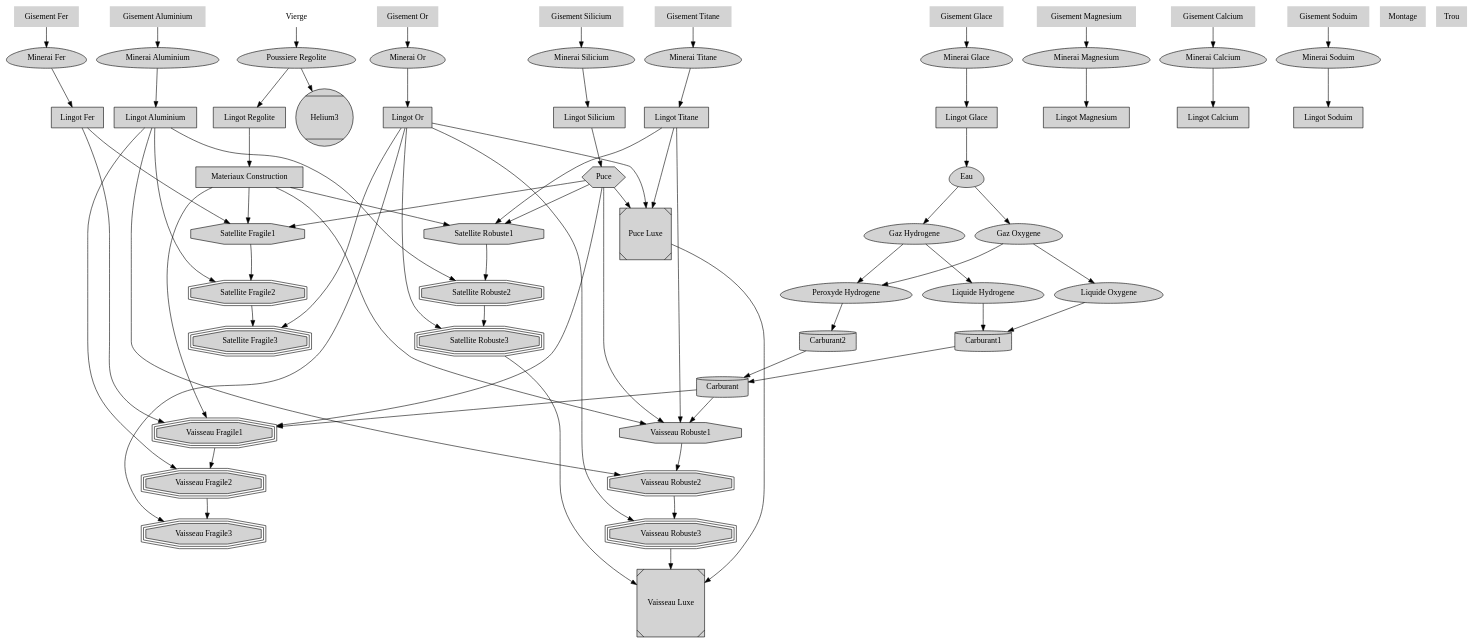
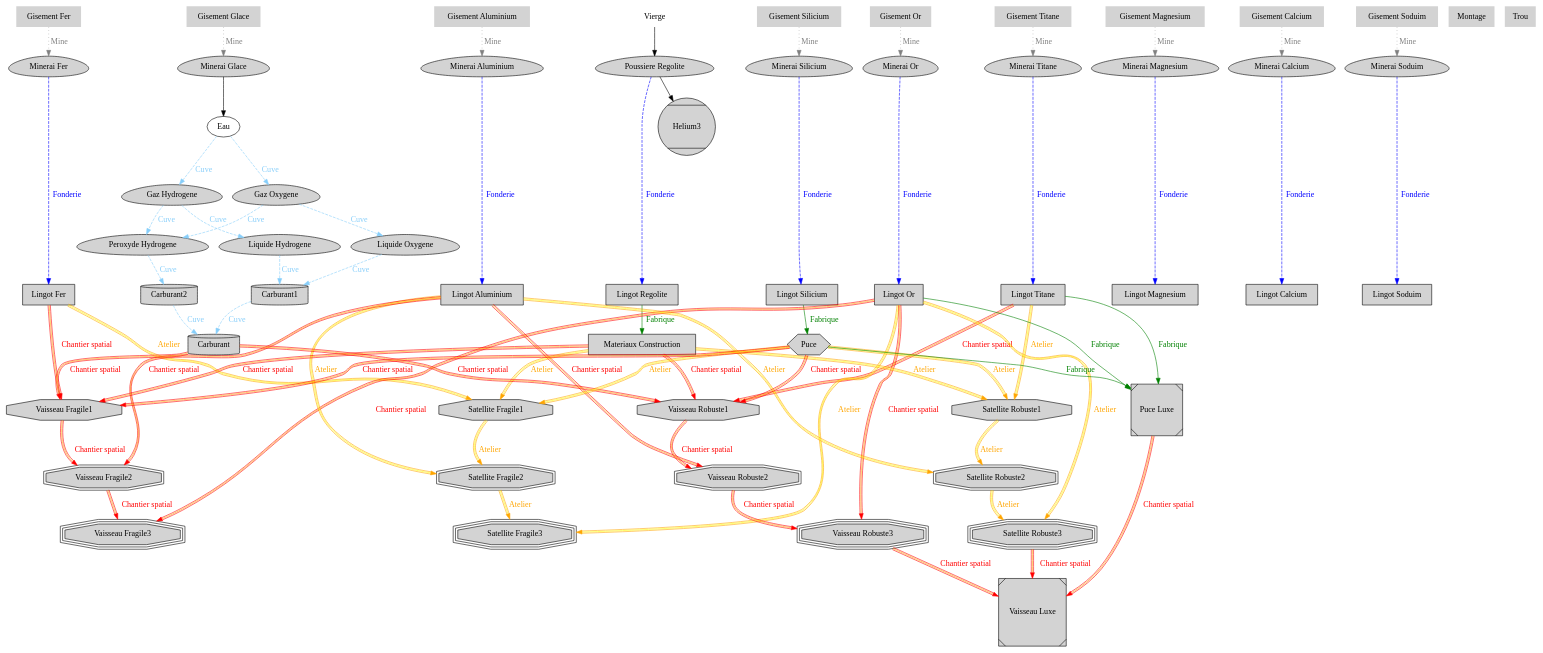
Before and after one commit to MATHVDT/LunaireCpp: the diagram in documentation/graph/graph_ressources.dot, drawn with Graphviz. The commit also changed 2 other files, not shown here.

Commit message:
Ajout batiment sur graph

```diff
--- a/documentation/graph/graph_ressources.dot
+++ b/documentation/graph/graph_ressources.dot
@@ -3,48 +3,50 @@
     // Sol
     subgraph SOL{
         rank=same; 
-        Vierge [style="solid", color="", label="Vierge",shape="plaintext"];
-        GisementOr [style="filled,solid", color="", label="Gisement Or",shape="plaintext"];
-        GisementFer [style="filled,solid", color="", label="Gisement Fer",shape="plaintext"];
-        GisementTitane [style="filled,solid", color="", label="Gisement Titane",shape="plaintext"];
-        GisementSilicium [style="filled,solid", color="", label="Gisement Silicium",shape="plaintext"];
-        GisementGlace [style="filled,solid", color="", label="Gisement Glace",shape="plaintext"];
-        GisementAluminium [style="filled,solid", color="", label="Gisement Aluminium",shape="plaintext"];
-        GisementMagnesium [style="filled,solid", color="", label="Gisement Magnesium",shape="plaintext"];
-        GisementCalcium [style="filled,solid", color="", label="Gisement Calcium",shape="plaintext"];
-        GisementSoduim [style="filled,solid", color="", label="Gisement Soduim",shape="plaintext"];
-        Montage [style="filled,solid", color="", label="Montage",shape="plaintext"];
-        Trou [style="filled,solid", color="", label="Trou",shape="plaintext"];
+        node [style="filled,solid", color="", shape="plaintext"]
+        Vierge [style="solid", color="", label="Vierge"];
+        GisementOr [label="Gisement Or"];
+        GisementFer [label="Gisement Fer"];
+        GisementTitane [label="Gisement Titane"];
+        GisementSilicium [label="Gisement Silicium"];
+        GisementGlace [label="Gisement Glace"];
+        GisementAluminium [label="Gisement Aluminium"];
+        GisementMagnesium [label="Gisement Magnesium"];
+        GisementCalcium [label="Gisement Calcium"];
+        GisementSoduim [label="Gisement Soduim"];
+        Montage [label="Montage"];
+        Trou [label="Trou"];
     }
 
     // Matière Première
     subgraph MATIERE_PREMIERE{
         rank=same; 
-        PoussiereRegolite [style="filled,solid", color="", label="Poussiere Regolite",shape="egg"];
-        MineraiGlace [style="filled,solid", color="", label="Minerai Glace",shape="egg"];
-        MineraiTitane [style="filled,solid", color="", label="Minerai Titane",shape="egg"];
-        MineraiSilicium [style="filled,solid", color="", label="Minerai Silicium",shape="egg"];
-        MineraiFer [style="filled,solid", color="", label="Minerai Fer",shape="egg"];
-        MineraiOr [style="filled,solid", color="", label="Minerai Or",shape="egg"];
-        MineraiAluminium [style="filled,solid", color="", label="Minerai Aluminium",shape="egg"];
-        MineraiMagnesium [style="filled,solid", color="", label="Minerai Magnesium",shape="egg"];
-        MineraiCalcium [style="filled,solid", color="", label="Minerai Calcium",shape="egg"];
-        MineraiSoduim [style="filled,solid", color="", label="Minerai Soduim",shape="egg"];
+        node [style="filled,solid", color="", shape="egg"]
+        PoussiereRegolite [label="Poussiere Regolite"];
+        MineraiGlace [label="Minerai Glace"];
+        MineraiTitane [label="Minerai Titane"];
+        MineraiSilicium [label="Minerai Silicium"];
+        MineraiFer [label="Minerai Fer"];
+        MineraiOr [label="Minerai Or"];
+        MineraiAluminium [label="Minerai Aluminium"];
+        MineraiMagnesium [label="Minerai Magnesium"];
+        MineraiCalcium [label="Minerai Calcium"];
+        MineraiSoduim [label="Minerai Soduim"];
     }
 
     // Lingot
     subgraph LINGOT{
         rank=same; 
-        LingotRegolite  [style="filled,solid", color="", label="Lingot Regolite",shape="rectangle"];
-        LingotGlace  [style="filled,solid", color="", label="Lingot Glace",shape="rectangle"];
-        LingotTitane  [style="filled,solid", color="", label="Lingot Titane",shape="rectangle"];
-        LingotSilicium  [style="filled,solid", color="", label="Lingot Silicium",shape="rectangle"];
-        LingotFer  [style="filled,solid", color="", label="Lingot Fer",shape="rectangle"];
-        LingotOr  [style="filled,solid", color="", label="Lingot Or",shape="rectangle"];
-        LingotAluminium  [style="filled,solid", color="", label="Lingot Aluminium",shape="rectangle"];
-        LingotMagnesium  [style="filled,solid", color="", label="Lingot Magnesium",shape="rectangle"];
-        LingotCalcium  [style="filled,solid", color="", label="Lingot Calcium",shape="rectangle"];
-        LingotSoduim  [style="filled,solid", color="", label="Lingot Soduim",shape="rectangle"];
+        node [style="filled,solid", color="", shape="rectangle"]
+        LingotRegolite  [label="Lingot Regolite"];
+        LingotTitane  [label="Lingot Titane"];
+        LingotSilicium  [label="Lingot Silicium"];
+        LingotFer  [label="Lingot Fer"];
+        LingotOr  [label="Lingot Or"];
+        LingotAluminium  [label="Lingot Aluminium"];
+        LingotMagnesium  [label="Lingot Magnesium"];
+        LingotCalcium  [label="Lingot Calcium"];
+        LingotSoduim  [label="Lingot Soduim"];
     }
 
     Helium3 [style="filled,solid", color="", label="Helium3",shape="Mcircle"];
@@ -53,25 +55,28 @@
     // Gaz
     subgraph GAZ{
         rank=same; 
-        GazOxygene [style="filled,solid", color="", label="Gaz Oxygene",shape="egg"];
-        GazHydrogene [style="filled,solid", color="", label="Gaz Hydrogene",shape="egg"];
+        node [style="filled,solid", color="", shape="egg"]
+        GazOxygene [label="Gaz Oxygene"];
+        GazHydrogene [label="Gaz Hydrogene"];
     }
 
     // Liquide
     subgraph LIQUIDE{
         // rank=same; 
-        Eau [style="filled,solid", color="", label="Eau",shape="egg"];
-        LiquideHydrogene [style="filled,solid", color="", label="Liquide Hydrogene",shape="egg"];
-        LiquideOxygene [style="filled,solid", color="", label="Liquide Oxygene",shape="egg"];
-        PeroxydeHydrogene [style="filled,solid", color="", label="Peroxyde Hydrogene",shape="egg"];
+        Eau [label="Eau"];     
+        node [style="filled,solid", color="", shape="egg"]
+        LiquideHydrogene [label="Liquide Hydrogene"];
+        LiquideOxygene [label="Liquide Oxygene"];
+        PeroxydeHydrogene [label="Peroxyde Hydrogene"];
     }
 
     // Carburant
     subgraph CARBURANT{
         // rank=same; 
-        Carburant  [style="filled,solid", color="", label="Carburant",shape="cylinder"];
-        Carburant1  [style="filled,solid", color="", label="Carburant1",shape="cylinder"];
-        Carburant2  [style="filled,solid", color="", label="Carburant2",shape="cylinder"];
+        node [style="filled,solid", color="", shape="cylinder"]
+        Carburant  [label="Carburant"];
+        Carburant1  [label="Carburant1"];
+        Carburant2  [label="Carburant2"];
     }
 
     // Craft
@@ -79,31 +84,35 @@
     // Niveau 1
     subgraph CRAFT1{
         // rank=same; 
-        SatelliteFragile1 [style="filled,solid", color="", label="Satellite Fragile1",shape="octagon"];
-        SatelliteRobuste1 [style="filled,solid", color="", label="Satellite Robuste1",shape="octagon"];
-        VaisseauFragile1 [style="filled,solid", color="", label="Vaisseau Fragile1",shape="tripleoctagon"];
-        VaisseauRobuste1 [style="filled,solid", color="", label="Vaisseau Robuste1",shape="octagon"];
+        node [style="filled,solid", color="", shape="octagon"]
+        SatelliteFragile1 [label="Satellite Fragile1"];
+        SatelliteRobuste1 [label="Satellite Robuste1"];
+        VaisseauFragile1 [label="Vaisseau Fragile1"];
+        VaisseauRobuste1 [label="Vaisseau Robuste1"];
     }
     // Niveau 2
     subgraph CRAFT2{
         // rank=same; 
-        SatelliteFragile2 [style="filled,solid", color="", label="Satellite Fragile2",shape="doubleoctagon"];
-        SatelliteRobuste2 [style="filled,solid", color="", label="Satellite Robuste2",shape="doubleoctagon"];
-        VaisseauFragile2 [style="filled,solid", color="", label="Vaisseau Fragile2",shape="tripleoctagon"];
-        VaisseauRobuste2 [style="filled,solid", color="", label="Vaisseau Robuste2",shape="doubleoctagon"];
+        node [style="filled,solid", color="", shape="doubleoctagon"]
+        SatelliteFragile2 [label="Satellite Fragile2"];
+        SatelliteRobuste2 [label="Satellite Robuste2"];
+        VaisseauFragile2 [label="Vaisseau Fragile2"];
+        VaisseauRobuste2 [label="Vaisseau Robuste2"];
     }
     // Niveau 3
     subgraph CRAFT3{
         // rank=same; 
-        SatelliteFragile3 [style="filled,solid", color="", label="Satellite Fragile3",shape="tripleoctagon"];
-        SatelliteRobuste3 [style="filled,solid", color="", label="Satellite Robuste3",shape="tripleoctagon"];
-        VaisseauFragile3 [style="filled,solid", color="", label="Vaisseau Fragile3",shape="tripleoctagon"];
-        VaisseauRobuste3 [style="filled,solid", color="", label="Vaisseau Robuste3",shape="tripleoctagon"];
+        node [style="filled,solid", color="", shape="tripleoctagon"]
+        SatelliteFragile3 [label="Satellite Fragile3"];
+        SatelliteRobuste3 [label="Satellite Robuste3"];
+        VaisseauFragile3 [label="Vaisseau Fragile3"];
+        VaisseauRobuste3 [label="Vaisseau Robuste3"];
     }
     // Luxe
     subgraph LUX{
-        PuceLuxe [style="filled,solid", color="", label="Puce Luxe",shape="Msquare"];
-        VaisseauLuxe [style="filled,solid", color="", label="Vaisseau Luxe",shape="Msquare"];
+        node [style="filled,solid", color="", shape="Msquare"]
+        PuceLuxe [label="Puce Luxe"];
+        VaisseauLuxe [label="Vaisseau Luxe"];
     }
 
 
@@ -111,41 +120,40 @@
 
 /*********************************Connexion****************************************/
     Vierge -> PoussiereRegolite
-    GisementOr -> MineraiOr
-    GisementFer -> MineraiFer
-    GisementTitane -> MineraiTitane
-    GisementSilicium -> MineraiSilicium
-    GisementGlace -> MineraiGlace
-    GisementAluminium -> MineraiAluminium
-    GisementMagnesium -> MineraiMagnesium
-    GisementCalcium -> MineraiCalcium
-    GisementSoduim -> MineraiSoduim
+    GisementOr -> MineraiOr [label="Mine", fontcolor="grey", color="grey", style="dotted"]
+    GisementFer -> MineraiFer [label="Mine", fontcolor="grey", color="grey", style="dotted"]
+    GisementTitane -> MineraiTitane [label="Mine", fontcolor="grey", color="grey", style="dotted"]
+    GisementSilicium -> MineraiSilicium [label="Mine", fontcolor="grey", color="grey", style="dotted"]
+    GisementAluminium -> MineraiAluminium [label="Mine", fontcolor="grey", color="grey", style="dotted"]
+    GisementMagnesium -> MineraiMagnesium [label="Mine", fontcolor="grey", color="grey", style="dotted"]
+    GisementCalcium -> MineraiCalcium [label="Mine", fontcolor="grey", color="grey", style="dotted"]
+    GisementSoduim -> MineraiSoduim [label="Mine", fontcolor="grey", color="grey", style="dotted"]
+    GisementGlace -> MineraiGlace [label="Mine", fontcolor="grey", color="grey", style="dotted"]
 
-    PoussiereRegolite -> LingotRegolite 
+    PoussiereRegolite -> LingotRegolite [label="Fonderie", fontcolor="blue", color="blue", style="dashed"]
     PoussiereRegolite -> Helium3
-    MineraiGlace -> LingotGlace
-    MineraiTitane -> LingotTitane
-    MineraiSilicium -> LingotSilicium
-    MineraiFer -> LingotFer
-    MineraiOr -> LingotOr
-    MineraiAluminium -> LingotAluminium
-    MineraiMagnesium -> LingotMagnesium
-    MineraiCalcium -> LingotCalcium
-    MineraiSoduim -> LingotSoduim
+    MineraiTitane -> LingotTitane [label="Fonderie", fontcolor="blue", color="blue", style="dashed"]
+    MineraiSilicium -> LingotSilicium [label="Fonderie", fontcolor="blue", color="blue", style="dashed"]
+    MineraiFer -> LingotFer [label="Fonderie", fontcolor="blue", color="blue", style="dashed"]
+    MineraiOr -> LingotOr [label="Fonderie", fontcolor="blue", color="blue", style="dashed"]
+    MineraiAluminium -> LingotAluminium [label="Fonderie", fontcolor="blue", color="blue", style="dashed"]
+    MineraiMagnesium -> LingotMagnesium [label="Fonderie", fontcolor="blue", color="blue", style="dashed"]
+    MineraiCalcium -> LingotCalcium [label="Fonderie", fontcolor="blue", color="blue", style="dashed"]
+    MineraiSoduim -> LingotSoduim [label="Fonderie", fontcolor="blue", color="blue", style="dashed"]
 
-    LingotGlace -> Eau
-    Eau -> GazHydrogene
-    Eau -> GazOxygene
-    GazHydrogene -> LiquideHydrogene
-    GazOxygene -> LiquideOxygene
+    MineraiGlace -> Eau
+    Eau -> GazHydrogene [label="Cuve", fontcolor="lightskyblue", color="lightskyblue", style="dashed"]
+    Eau -> GazOxygene [label="Cuve", fontcolor="lightskyblue", color="lightskyblue", style="dashed"]
+    GazHydrogene -> LiquideHydrogene [label="Cuve", fontcolor="lightskyblue", color="lightskyblue", style="dashed"]
+    GazOxygene -> LiquideOxygene [label="Cuve", fontcolor="lightskyblue", color="lightskyblue", style="dashed"]
 
-    GazHydrogene, GazOxygene -> PeroxydeHydrogene
+    GazHydrogene, GazOxygene -> PeroxydeHydrogene [label="Cuve", fontcolor="lightskyblue", color="lightskyblue", style="dashed"]
 
-    LiquideHydrogene, LiquideOxygene -> Carburant1
-    PeroxydeHydrogene -> Carburant2
+    LiquideHydrogene, LiquideOxygene -> Carburant1 [label="Cuve", fontcolor="lightskyblue", color="lightskyblue", style="dashed"]
+    PeroxydeHydrogene -> Carburant2 [label="Cuve", fontcolor="lightskyblue", color="lightskyblue", style="dashed"]
 
-    Carburant1 -> Carburant
-    Carburant2 -> Carburant
+    Carburant1 -> Carburant [label="Cuve", fontcolor="lightskyblue", color="lightskyblue", style="dashed"]
+    Carburant2 -> Carburant [label="Cuve", fontcolor="lightskyblue", color="lightskyblue", style="dashed"]
 
     // pour aligner les suites de craft
     Puce -> PuceLuxe [style="invis", constraint=false]
@@ -154,27 +162,27 @@
     VaisseauRobuste1 -> VaisseauRobuste2 -> VaisseauRobuste3 [style="invis"]
     VaisseauFragile1 -> VaisseauFragile2 -> VaisseauFragile3 [style="invis"]
 
-    LingotRegolite -> MateriauxConstruction
-    LingotSilicium -> Puce
-    Puce, LingotTitane, LingotOr -> PuceLuxe
+    LingotRegolite -> MateriauxConstruction [label="Fabrique", fontcolor="green", color="green", style="solid"]
+    LingotSilicium -> Puce [label="Fabrique", fontcolor="green", color="green", style="solid"]
+    Puce, LingotTitane, LingotOr -> PuceLuxe [label="Fabrique", fontcolor="green", color="green", style="solid"]
 
-    MateriauxConstruction, LingotFer, Puce -> SatelliteFragile1
-    SatelliteFragile1, LingotAluminium -> SatelliteFragile2
-    SatelliteFragile2, LingotOr -> SatelliteFragile3
+    MateriauxConstruction, LingotFer, Puce -> SatelliteFragile1 [label="Atelier", fontcolor="orange", color="orange:yellow:orange", style="solid"]
+    SatelliteFragile1, LingotAluminium -> SatelliteFragile2 [label="Atelier", fontcolor="orange", color="orange:yellow:orange", style="solid"]
+    SatelliteFragile2, LingotOr -> SatelliteFragile3 [label="Atelier", fontcolor="orange", color="orange:yellow:orange", style="solid"]
 
 
-    MateriauxConstruction, LingotTitane, Puce -> SatelliteRobuste1
-    SatelliteRobuste1, LingotAluminium -> SatelliteRobuste2
-    SatelliteRobuste2, LingotOr -> SatelliteRobuste3
+    MateriauxConstruction, LingotTitane, Puce -> SatelliteRobuste1 [label="Atelier", fontcolor="orange", color="orange:yellow:orange", style="solid"]
+    SatelliteRobuste1, LingotAluminium -> SatelliteRobuste2 [label="Atelier", fontcolor="orange", color="orange:yellow:orange", style="solid"]
+    SatelliteRobuste2, LingotOr -> SatelliteRobuste3 [label="Atelier", fontcolor="orange", color="orange:yellow:orange", style="solid"]
 
-    Carburant, MateriauxConstruction, LingotFer, Puce -> VaisseauFragile1
-    VaisseauFragile1, LingotAluminium -> VaisseauFragile2
-    VaisseauFragile2, LingotOr -> VaisseauFragile3
+    Carburant, MateriauxConstruction, LingotFer, Puce -> VaisseauFragile1 [label="Chantier spatial", fontcolor="red", color="red:orange:red", style="solid"]
+    VaisseauFragile1, LingotAluminium -> VaisseauFragile2 [label="Chantier spatial", fontcolor="red", color="red:orange:red", style="solid"]
+    VaisseauFragile2, LingotOr -> VaisseauFragile3 [label="Chantier spatial", fontcolor="red", color="red:orange:red", style="solid"]
 
-    Carburant, MateriauxConstruction, LingotTitane, Puce -> VaisseauRobuste1
-    VaisseauRobuste1, LingotAluminium -> VaisseauRobuste2
-    VaisseauRobuste2, LingotOr -> VaisseauRobuste3
+    Carburant, MateriauxConstruction, LingotTitane, Puce -> VaisseauRobuste1 [label="Chantier spatial", fontcolor="red", color="red:orange:red", style="solid"]
+    VaisseauRobuste1, LingotAluminium -> VaisseauRobuste2 [label="Chantier spatial", fontcolor="red", color="red:orange:red", style="solid"]
+    VaisseauRobuste2, LingotOr -> VaisseauRobuste3 [label="Chantier spatial", fontcolor="red", color="red:orange:red", style="solid"]
 
-    VaisseauRobuste3, SatelliteRobuste3, PuceLuxe -> VaisseauLuxe
+    VaisseauRobuste3, SatelliteRobuste3, PuceLuxe -> VaisseauLuxe [label="Chantier spatial", fontcolor="red", color="red:orange:red", style="solid"]
 
 }
```
